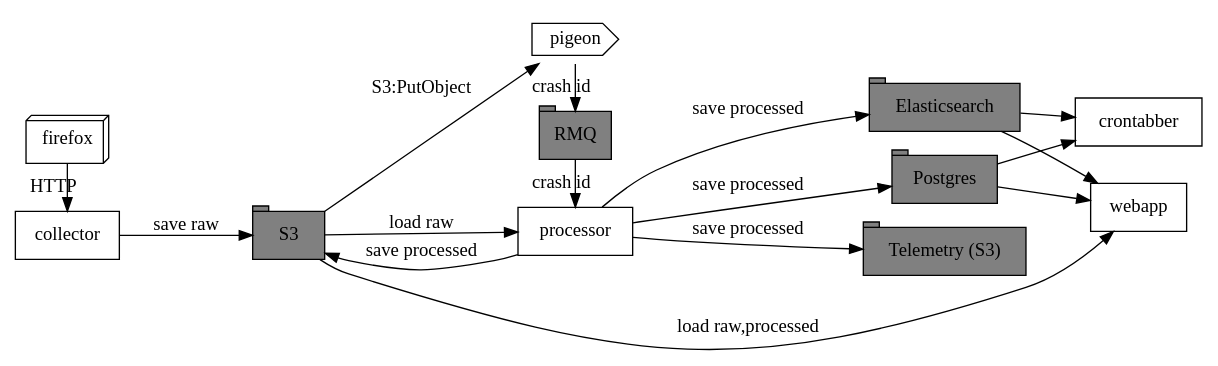
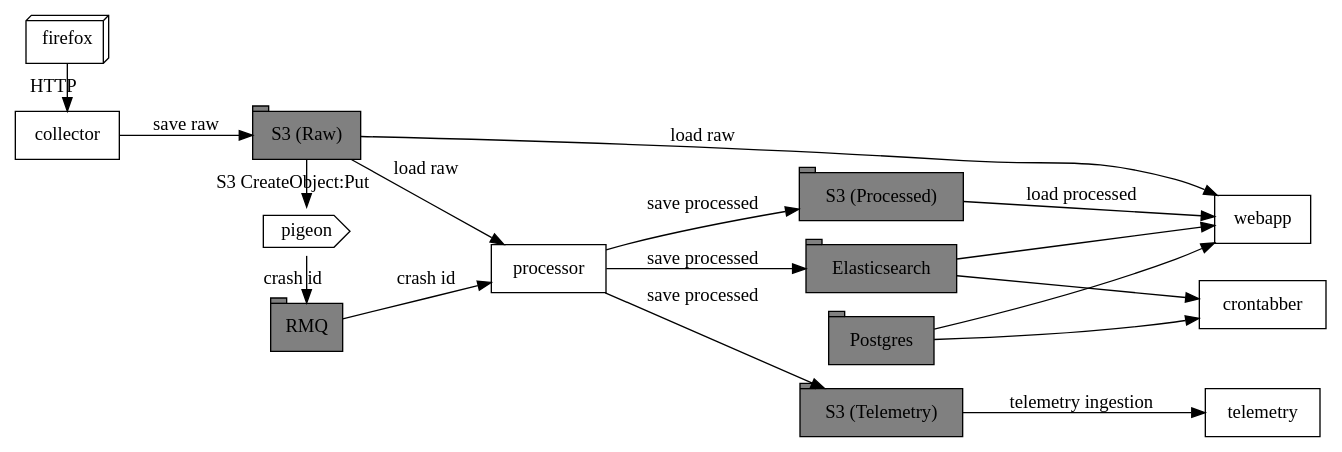
The diagram in docs/overview.rst (mozilla-services/socorro), drawn with Graphviz before and after one commit. The commit also changed other lines of this file and 2 other files, not shown here.

```diff
--- a/docs/overview.rst
+++ b/docs/overview.rst
@@ -16,62 +19,67 @@
 .. graphviz::
 
    digraph G {
       rankdir=LR;
       splines=lines;
 
       subgraph coll {
          rank=same;
 
          client [shape=box3d, label="firefox"];
          collector [shape=rect, label="collector"];
       }
 
       subgraph stores {
          rank=same;
 
-         aws [shape=tab, label="S3", style=filled, fillcolor=gray];
+         s3raw [shape=tab, label="S3 (Raw)", style=filled, fillcolor=gray];
+         pigeon [shape=cds, label="pigeon"];
+         rabbitmq [shape=tab, label="RMQ", style=filled, fillcolor=gray];
       }
 
       subgraph proc {
          rank=same;
 
-         pigeon [shape=cds, label="pigeon"];
          processor [shape=rect, label="processor"];
-         rabbitmq [shape=tab, label="RMQ", style=filled, fillcolor=gray];
       }
 
       subgraph stores2 {
          rank=same;
 
          postgres [shape=tab, label="Postgres", style=filled, fillcolor=gray];
          elasticsearch [shape=tab, label="Elasticsearch", style=filled, fillcolor=gray];
-         telemetry [shape=tab, label="Telemetry (S3)", style=filled, fillcolor=gray];
+         s3telemetry [shape=tab, label="S3 (Telemetry)", style=filled, fillcolor=gray];
+         s3processed [shape=tab, label="S3 (Processed)", style=filled, fillcolor=gray];
       }
 
       subgraph processing {
          rank=same;
 
          crontabber [shape=rect, label="crontabber"];
          webapp [shape=rect, label="webapp"];
+         telemetry [shape=rect, label="telemetry"];
       }
 
 
       pigeon -> rabbitmq [label="crash id"];
-      aws -> pigeon [label="S3:PutObject"];
+      s3raw -> pigeon [label="S3 CreateObject:Put"];
 
       client -> collector [label="HTTP"];
-      collector -> aws [label="save raw"];
+      collector -> s3raw [label="save raw"];
 
       rabbitmq -> processor [label="crash id"];
-      aws -> processor [label="load raw"];
-      processor -> { aws, postgres, elasticsearch, telemetry } [label="save processed"];
+      s3raw -> processor [label="load raw"];
+      processor -> { s3processed, elasticsearch, s3telemetry } [label="save processed"];
 
       postgres -> webapp;
-      aws -> webapp [label="load raw,processed"];
+      s3raw -> webapp [label="load raw"];
+      s3processed -> webapp [label="load processed"];
       elasticsearch -> webapp;
 
       postgres -> crontabber;
       elasticsearch -> crontabber;
 
+      s3telemetry -> telemetry [label="telemetry ingestion"];
+
       { rank=min; client; }
    }
```
